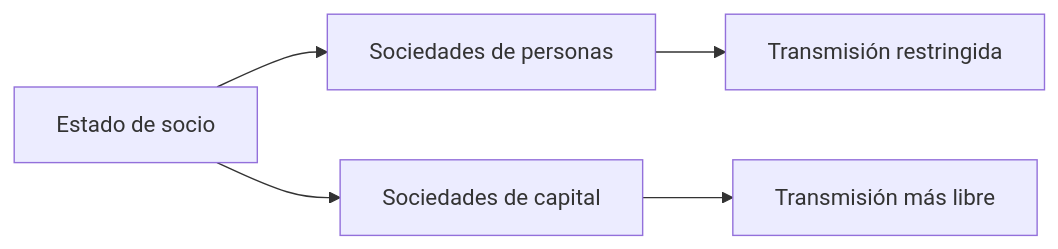
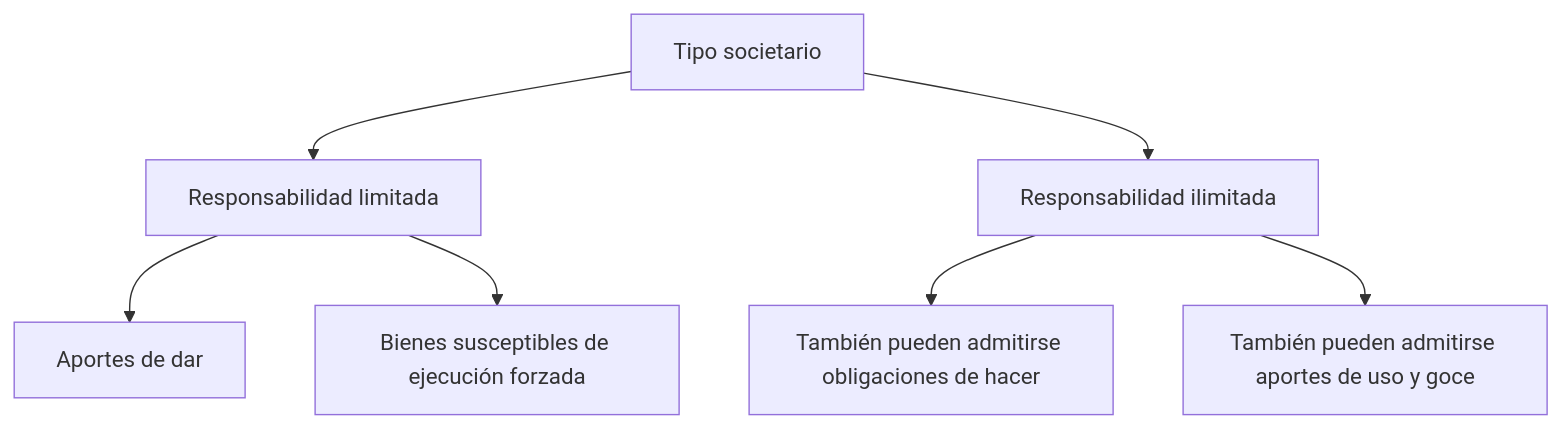
The second of 4 diagrams in clases/clase06-socio.qmd (maximilianoromei/sociedades-intensivo), drawn with Mermaid before and after one commit. The commit also changed other lines of this file and 11 other files, not shown here.

````diff
--- a/clases/clase06-socio.qmd
+++ b/clases/clase06-socio.qmd
@@ -761,13 +360,17 @@
 ```{mermaid}
-flowchart LR
+flowchart TD
 
-A[Estado de socio]
+A[Tipo societario]
 
-A --> B[Sociedades de personas]
+A --> B[Responsabilidad limitada]
 
-A --> C[Sociedades de capital]
+A --> C[Responsabilidad ilimitada]
 
-B --> D[Transmisión restringida]
+B --> D[Aportes de dar]
 
-C --> E[Transmisión más libre]
+B --> E[Bienes susceptibles de ejecución forzada]
+
+C --> F[También pueden admitirse obligaciones de hacer]
+
+C --> G[También pueden admitirse aportes de uso y goce]
 ```
````
